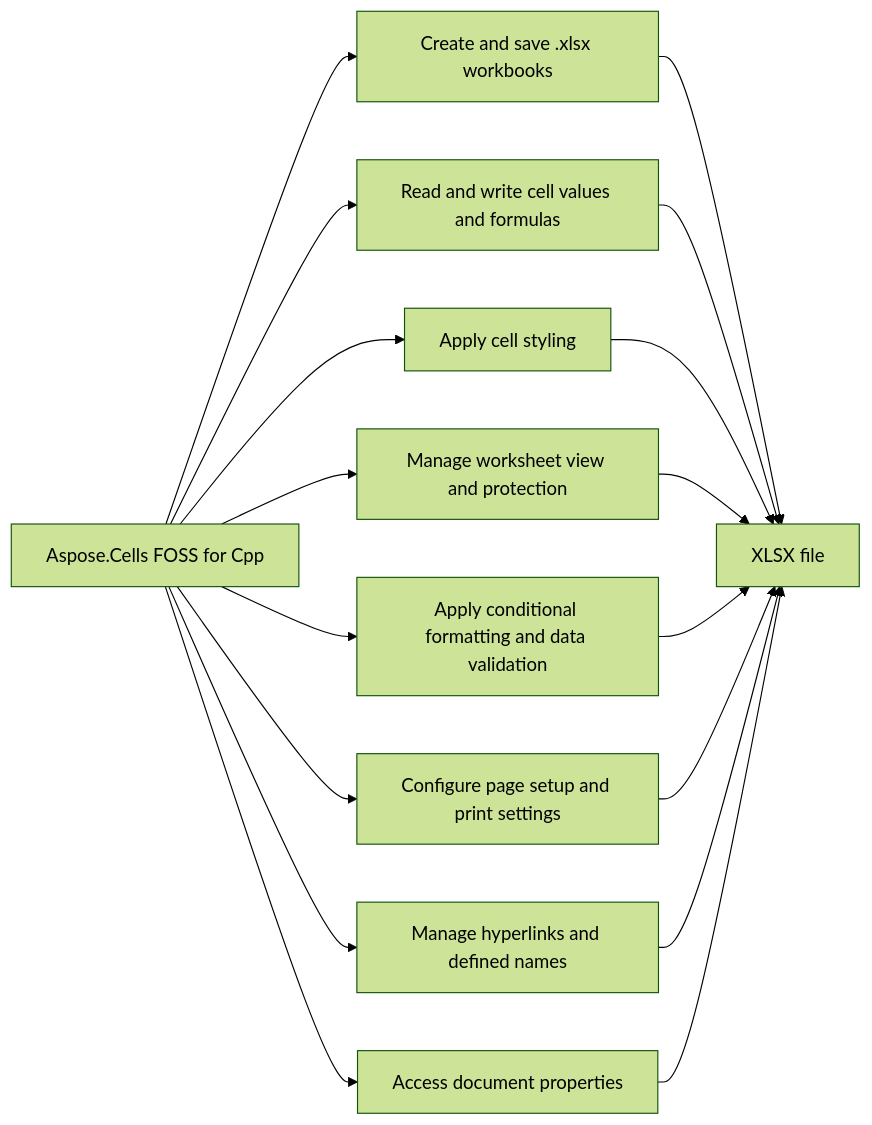
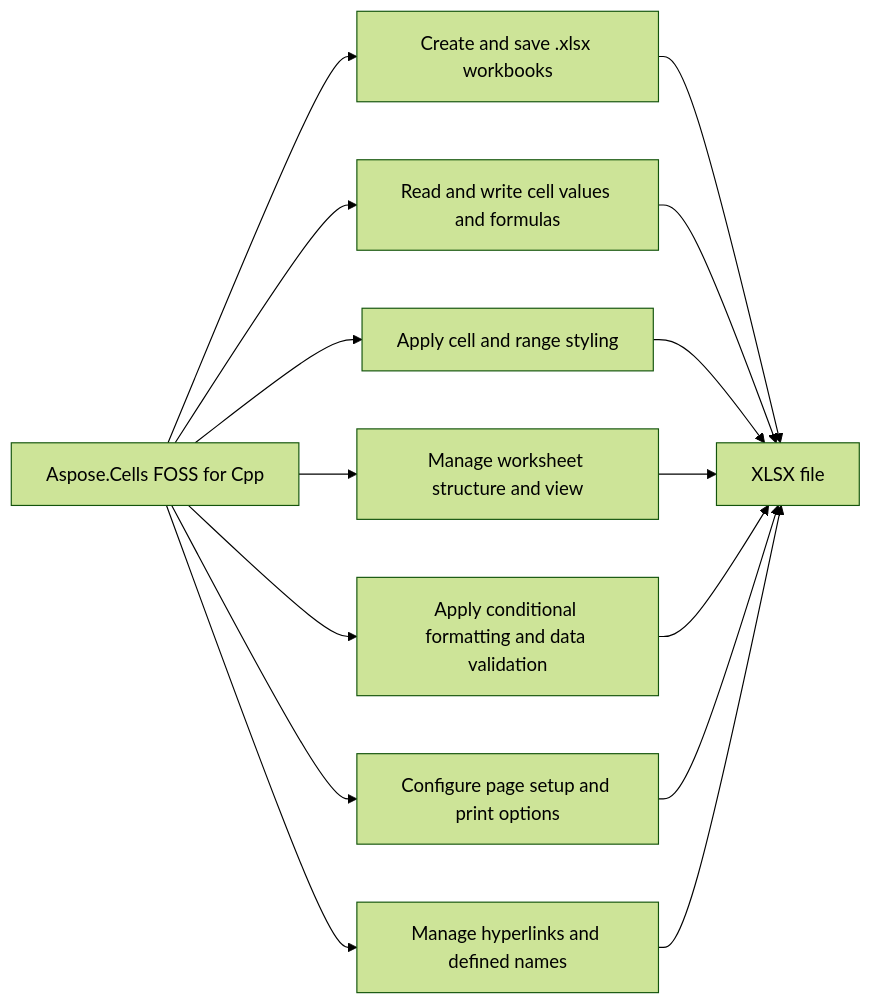
The diagram in 9f852d0ff1cfdad2d661556d6b87a8eff8c063a2/README.md (babar-raza/repo-presenter), drawn with Mermaid (forest theme) before and after one commit. The commit also changed other lines of this file and 11 other files, not shown here.

Commit message:
bundle: aspose-cells-foss/Aspose.Cells-FOSS-for-Cpp lane R 9f852d0ff1cfdad2d661556d6b87a8eff8c063a2

````diff
--- a/9f852d0ff1cfdad2d661556d6b87a8eff8c063a2/README.md
+++ b/9f852d0ff1cfdad2d661556d6b87a8eff8c063a2/README.md
@@ -25,27 +25,24 @@
 ```mermaid
 flowchart LR
 Product["Aspose.Cells FOSS for Cpp"]
 Product["Aspose.Cells FOSS for Cpp"] --> Cap1["Create and save .xlsx workbooks"]
 Cap2["Read and write cell values and formulas"]
-Cap3["Apply cell styling"]
-Cap4["Manage worksheet view and protection"]
+Cap3["Apply cell and range styling"]
+Cap4["Manage worksheet structure and view"]
 Cap5["Apply conditional formatting and data validation"]
-Cap6["Configure page setup and print settings"]
+Cap6["Configure page setup and print options"]
 Cap7["Manage hyperlinks and defined names"]
-Cap8["Access document properties"]
 Product["Aspose.Cells FOSS for Cpp"] --> Cap2["Read and write cell values and formulas"]
-Product["Aspose.Cells FOSS for Cpp"] --> Cap3["Apply cell styling"]
-Product["Aspose.Cells FOSS for Cpp"] --> Cap4["Manage worksheet view and protection"]
+Product["Aspose.Cells FOSS for Cpp"] --> Cap3["Apply cell and range styling"]
+Product["Aspose.Cells FOSS for Cpp"] --> Cap4["Manage worksheet structure and view"]
 Product["Aspose.Cells FOSS for Cpp"] --> Cap5["Apply conditional formatting and data validation"]
-Product["Aspose.Cells FOSS for Cpp"] --> Cap6["Configure page setup and print settings"]
+Product["Aspose.Cells FOSS for Cpp"] --> Cap6["Configure page setup and print options"]
 Product["Aspose.Cells FOSS for Cpp"] --> Cap7["Manage hyperlinks and defined names"]
-Product["Aspose.Cells FOSS for Cpp"] --> Cap8["Access document properties"]
 Cap1["Create and save .xlsx workbooks"] --> Output["XLSX file"]
 Cap2["Read and write cell values and formulas"] --> Output["XLSX file"]
-Cap3["Apply cell styling"] --> Output["XLSX file"]
-Cap4["Manage worksheet view and protection"] --> Output["XLSX file"]
+Cap3["Apply cell and range styling"] --> Output["XLSX file"]
+Cap4["Manage worksheet structure and view"] --> Output["XLSX file"]
 Cap5["Apply conditional formatting and data validation"] --> Output["XLSX file"]
-Cap6["Configure page setup and print settings"] --> Output["XLSX file"]
+Cap6["Configure page setup and print options"] --> Output["XLSX file"]
 Cap7["Manage hyperlinks and defined names"] --> Output["XLSX file"]
-Cap8["Access document properties"] --> Output["XLSX file"]
 ```
````
